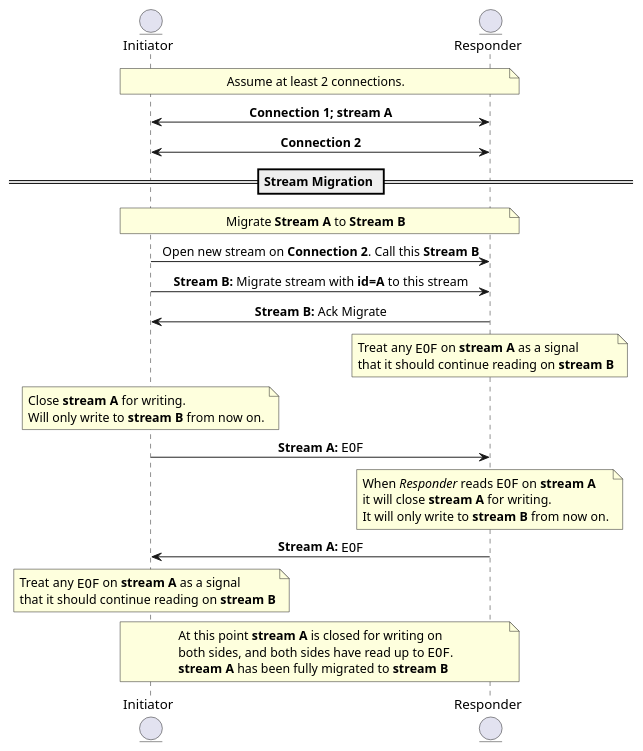
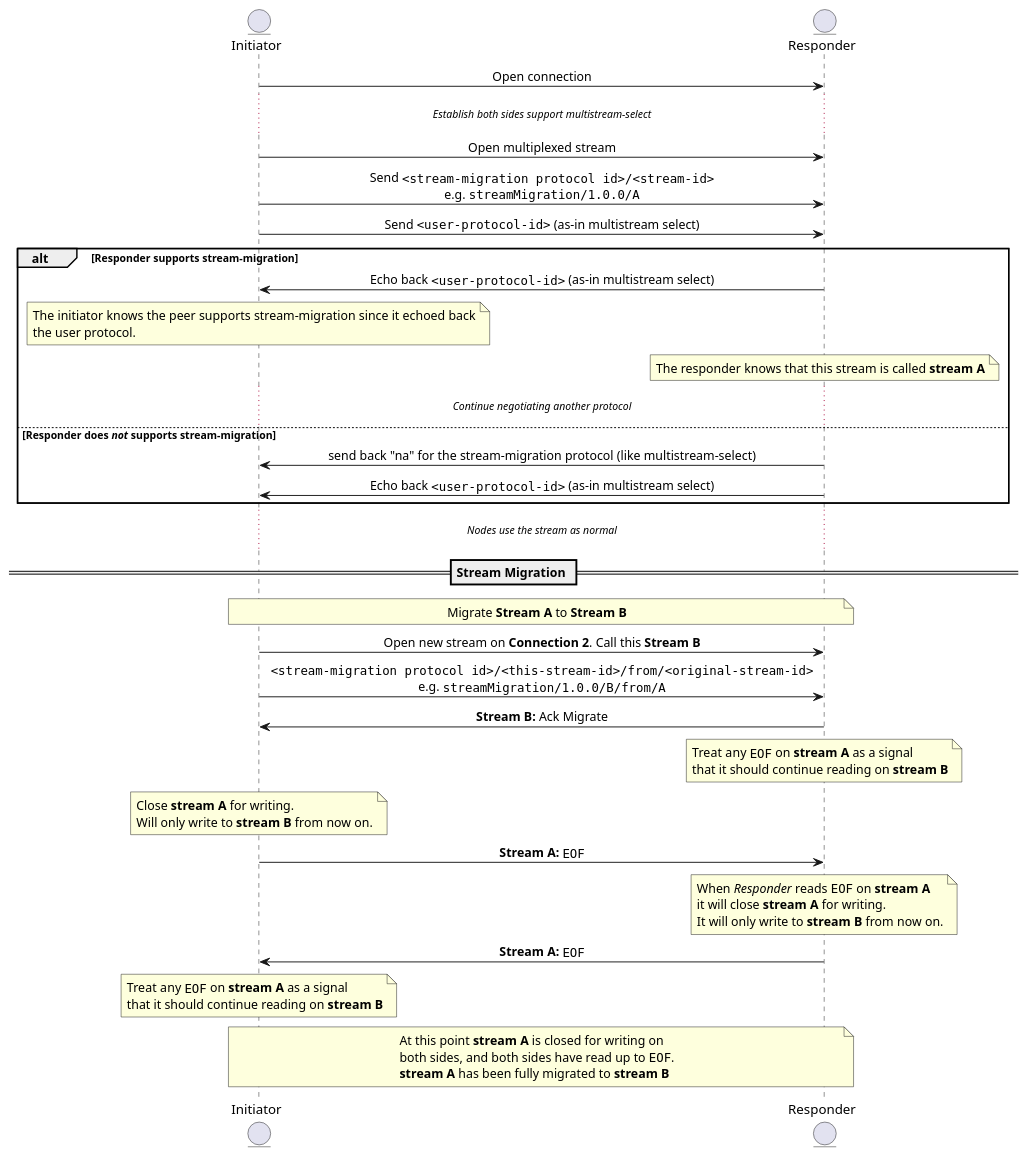
One commit to libp2p/specs changed the first of 2 diagrams in connections/stream-migration.md. Above: the diagram before and after it, drawn with PlantUML. The commit also changed other lines of this file and 2 other files, not shown here.

Commit message:
Update spec to clarify this is a protocol that prefixes other protocols

````diff
--- a/connections/stream-migration.md
+++ b/connections/stream-migration.md
@@ -40,54 +47,80 @@
 ``` plantuml
 @startuml stream-migration
 skinparam sequenceMessageAlign center
 entity Initiator
 entity Responder
 
-note over Initiator, Responder: Assume at least 2 connections.
+' note over Initiator, Responder: Assume at least 2 connections.
 
-Initiator <-> Responder: <b>Connection 1; stream A</b>
-Initiator <-> Responder: <b>Connection 2</b>
+Initiator -> Responder: Open connection
+... <i>Establish both sides support multistream-select</i> ...
+
+Initiator -> Responder: Open multiplexed stream
+
+Initiator -> Responder: Send ""<stream-migration protocol id>/<stream-id>""\ne.g. ""streamMigration/1.0.0/A""
+Initiator -> Responder: Send ""<user-protocol-id>"" (as-in multistream select)
+
+alt Responder supports stream-migration
+  Initiator <- Responder: Echo back ""<user-protocol-id>"" (as-in multistream select)
+  note over Initiator
+   The initiator knows the peer supports stream-migration since it echoed back
+   the user protocol.
+  end note
+
+
+  note over Responder
+   The responder knows that this stream is called <b>stream A</b>
+  end note
+
+  ... <i>Continue negotiating another protocol</i> ...
+else Responder does <i>not</i> supports stream-migration
+  Initiator <- Responder: send back "na" for the stream-migration protocol (like multistream-select)
+  Initiator <- Responder: Echo back ""<user-protocol-id>"" (as-in multistream select)
+end
+
+... <i>Nodes use the stream as normal<i> ...
 
 == Stream Migration ==
 
 note over Initiator, Responder: Migrate <b>Stream A</b> to <b>Stream B</b>
 
 Initiator -> Responder: Open new stream on <b>Connection 2</b>. Call this <b>Stream B</b>
 
-Initiator -> Responder: <b>Stream B:</b> Migrate stream with <b>id=A</b> to this stream
+Initiator -> Responder: ""<stream-migration protocol id>/<this-stream-id>/from/<original-stream-id>""\ne.g. ""streamMigration/1.0.0/B/from/A""
+
 Initiator <- Responder: <b>Stream B:</b> Ack Migrate
 
 note over Responder
     Treat any ""EOF"" on <b>stream A</b> as a signal
     that it should continue reading on <b>stream B</b>
 end note
 
 
 note over Initiator
     Close <b>stream A</b> for writing.
     Will only write to <b>stream B</b> from now on.
 end note
 
 Initiator -> Responder: <b>Stream A:</b> ""EOF""
 
 note over Responder
     When <i>Responder</i> reads ""EOF"" on <b>stream A</b>
     it will close <b>stream A</b> for writing.
     It will only write to <b>stream B</b> from now on.
 end note
 
 Initiator <- Responder: <b>Stream A:</b> ""EOF""
 
 note over Initiator
     Treat any ""EOF"" on <b>stream A</b> as a signal
     that it should continue reading on <b>stream B</b>
 end note
 
 note over Initiator, Responder
     At this point <b>stream A</b> is closed for writing on
     both sides, and both sides have read up to ""EOF"".
     <b>stream A</b> has been fully migrated to <b>stream B</b>
 end note
 
 @enduml
 ```
````
